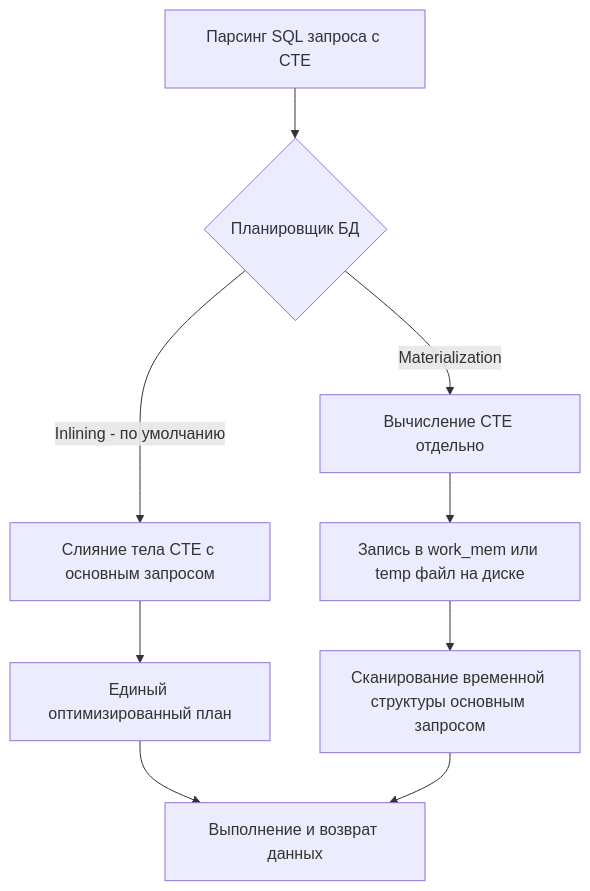
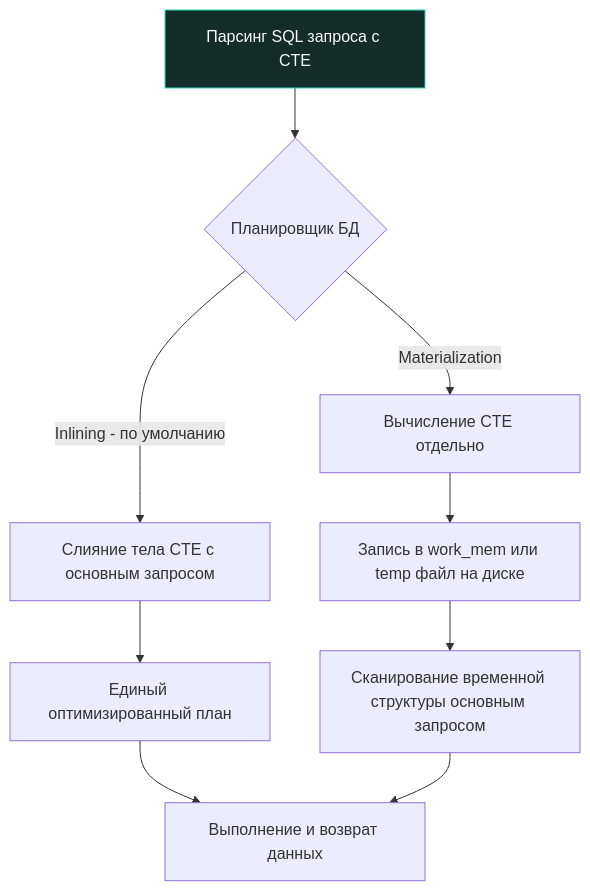
Before and after one commit to UnrealTemplier/go-textbook: the diagram in sources/12. Базы данных/03. SQL продвинутый/1. CTE. WITH выражения.md, drawn with Mermaid. The commit also changed 1666 other files, not shown here.

First line of the commit message:
feat(mermaid): add semantic color classDef to 1369 colorless flowchart/graph diagrams

````diff
--- a/sources/12. Базы данных/03. SQL продвинутый/1. CTE. WITH выражения.md
+++ b/sources/12. Базы данных/03. SQL продвинутый/1. CTE. WITH выражения.md
@@ -66,11 +66,21 @@
 ```mermaid
 flowchart TD
-    A["Парсинг SQL запроса с CTE"] --> B{"Планировщик БД"}
+    classDef process  fill:#1e293b,stroke:#38bdf8,stroke-width:1px,color:#f8fafc
+    classDef success  fill:#064e3b,stroke:#34d399,stroke-width:1px,color:#f8fafc
+    classDef error    fill:#7f1d1d,stroke:#f87171,stroke-width:1px,color:#f8fafc
+    classDef warning  fill:#78350f,stroke:#fbbf24,stroke-width:1px,color:#f8fafc
+    classDef entry    fill:#1e3a5f,stroke:#38bdf8,stroke-width:2px,color:#f8fafc
+    classDef aux      fill:#334155,stroke:#64748b,stroke-width:1px,color:#f8fafc
+    classDef system   fill:#312e81,stroke:#a78bfa,stroke-width:1px,color:#f8fafc
+    classDef data     fill:#132d29,stroke:#2dd4bf,stroke-width:1px,color:#f8fafc
+    classDef network  fill:#881337,stroke:#fb7185,stroke-width:1px,color:#f8fafc
+    classDef accent   fill:#1e1b4b,stroke:#818cf8,stroke-width:1px,color:#f8fafc
+    A["Парсинг SQL запроса с CTE"]:::data --> B{"Планировщик БД"}
     B -->|"Inlining - по умолчанию"| C["Слияние тела CTE с основным запросом"]
     B -->|"Materialization"| D["Вычисление CTE отдельно"]
     C --> E["Единый оптимизированный план"]
     D --> F["Запись в work_mem или temp файл на диске"]
     E --> G["Выполнение и возврат данных"]
     F --> H["Сканирование временной структуры основным запросом"]
     H --> G
 ```
````
